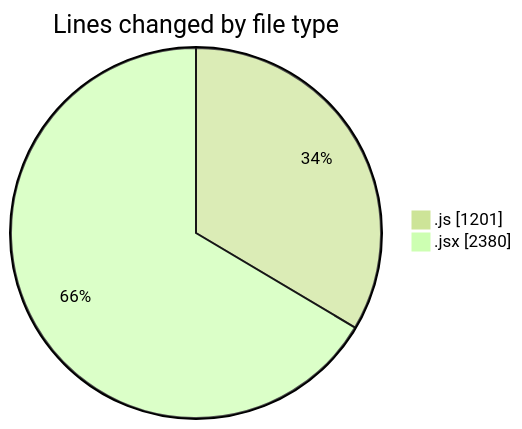
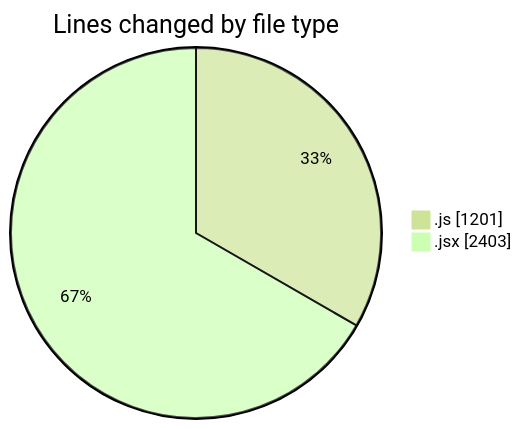
Before and after one commit to nxtqubesakshisongat/code-tracking: the first of 2 diagrams in 2025-10-10/nxtqube_webapp/README.md, drawn with Mermaid (forest theme). The commit also changed other lines of this file and 1 other file, not shown here.

````diff
--- a/2025-10-10/nxtqube_webapp/README.md
+++ b/2025-10-10/nxtqube_webapp/README.md
@@ -23,6 +24,6 @@
 ```mermaid
 pie showData
 title Lines changed by file type
 ".js" : 1201
-".jsx" : 2380
+".jsx" : 2403
 ```
````
